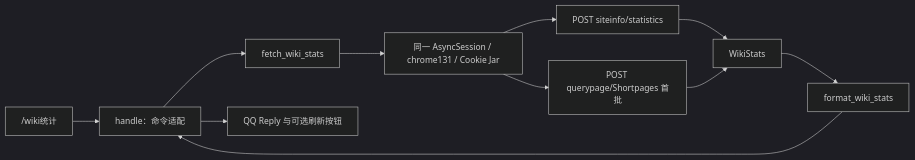
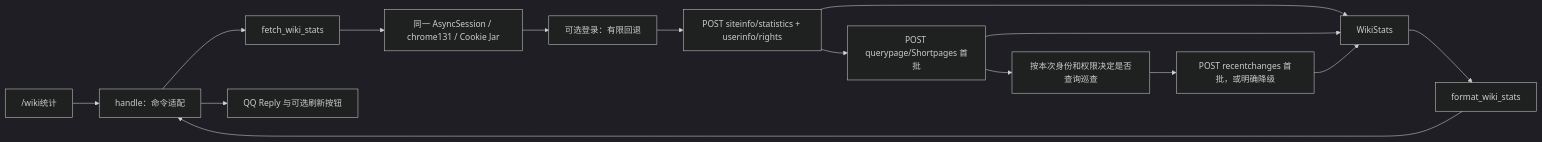
One commit to HOPE-LGNF/CUWikiBot changed the diagram in PLUGIN_ARCHITECTURE.md. Above: the diagram before and after it, drawn with Mermaid (dark theme). The commit also changed other lines of this file and 2 other files, not shown here.

````diff
--- a/PLUGIN_ARCHITECTURE.md
+++ b/PLUGIN_ARCHITECTURE.md
@@ -22,13 +25,17 @@
 ```mermaid
 flowchart LR
     U["/wiki统计"] --> H["handle：命令适配"]
     H --> F[fetch_wiki_stats]
     F --> S["同一 AsyncSession / chrome131 / Cookie Jar"]
-    S --> B["POST siteinfo/statistics"]
-    S --> P["POST querypage/Shortpages 首批"]
+    S --> L["可选登录：有限回退"]
+    L --> B["POST siteinfo/statistics + userinfo/rights"]
+    B --> P["POST querypage/Shortpages 首批"]
+    P --> C["按本次身份和权限决定是否查询巡查"]
+    C --> RC["POST recentchanges 首批，或明确降级"]
     B --> D[WikiStats]
     P --> D
+    RC --> D
     D --> R[format_wiki_stats]
     R --> H
     H --> Q[QQ Reply 与可选刷新按钮]
 ```
````
